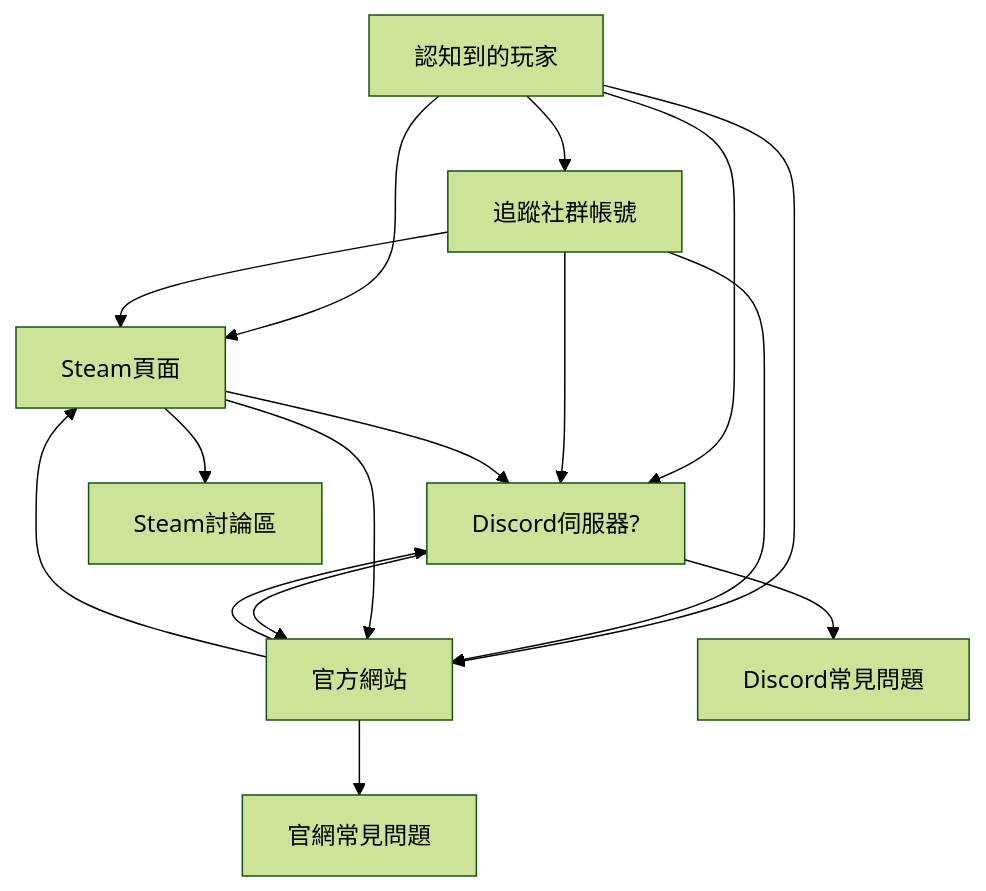
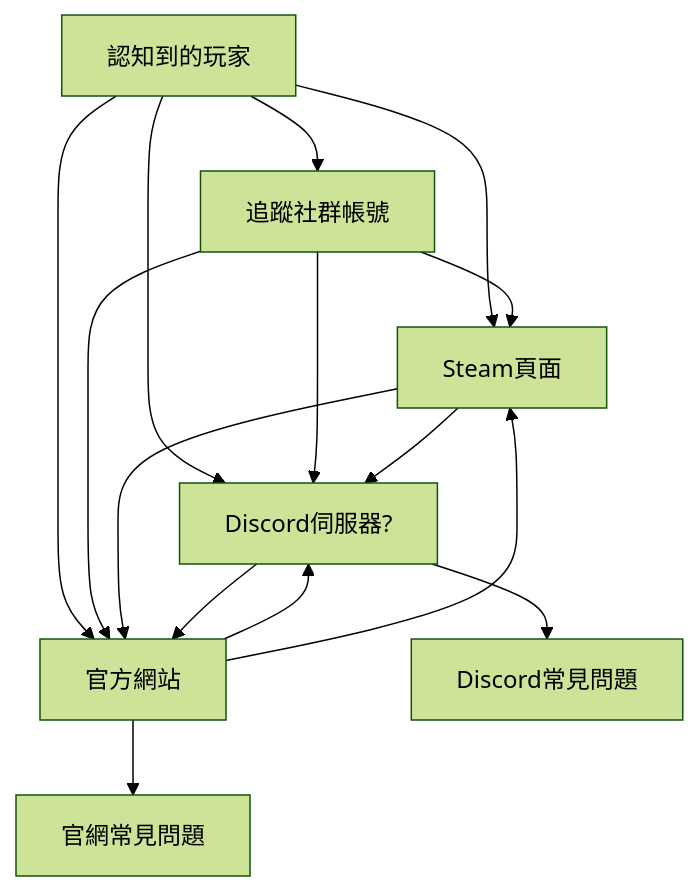
Before and after one commit to dklassic/dklassic.github.io: the ninth of 10 diagrams in content/tchinese/posts/game-design/0012-show-off-your-efforts.md, drawn with Mermaid (forest theme).

Commit message:
Remove redundant flow

````diff
--- a/content/tchinese/posts/game-design/0012-show-off-your-efforts.md
+++ b/content/tchinese/posts/game-design/0012-show-off-your-efforts.md
@@ -157,18 +157,17 @@
 ```mermaid
 graph TD;
     認知到的玩家-->追蹤社群帳號;
     認知到的玩家-->Steam頁面;
     認知到的玩家-->官方網站;
     認知到的玩家-->Discord伺服器?;
     追蹤社群帳號-->Steam頁面;
     追蹤社群帳號-->官方網站;
     追蹤社群帳號-->Discord伺服器?;
     Steam頁面-->Discord伺服器?;
     Steam頁面-->官方網站;
-    Steam頁面-->Steam討論區;
     官方網站-->Discord伺服器?;
     官方網站-->Steam頁面;
     官方網站-->官網常見問題;
     Discord伺服器?-->官方網站;
     Discord伺服器?-->Discord常見問題;
 ```
````
